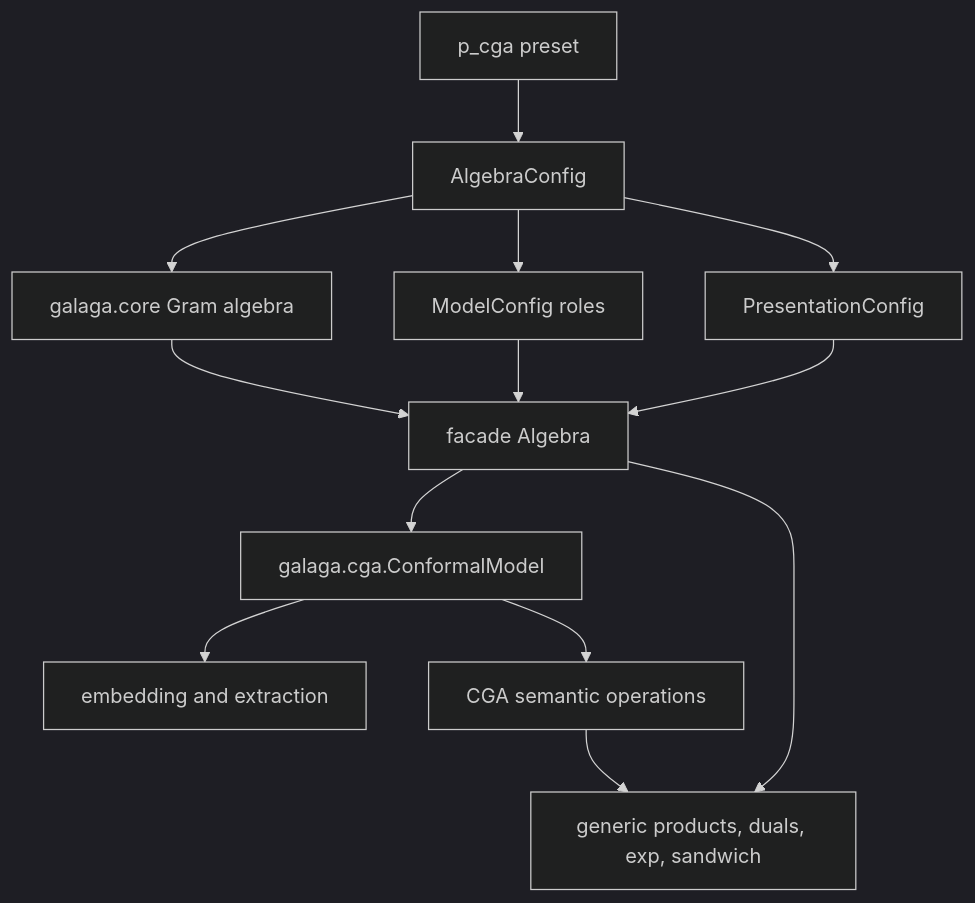
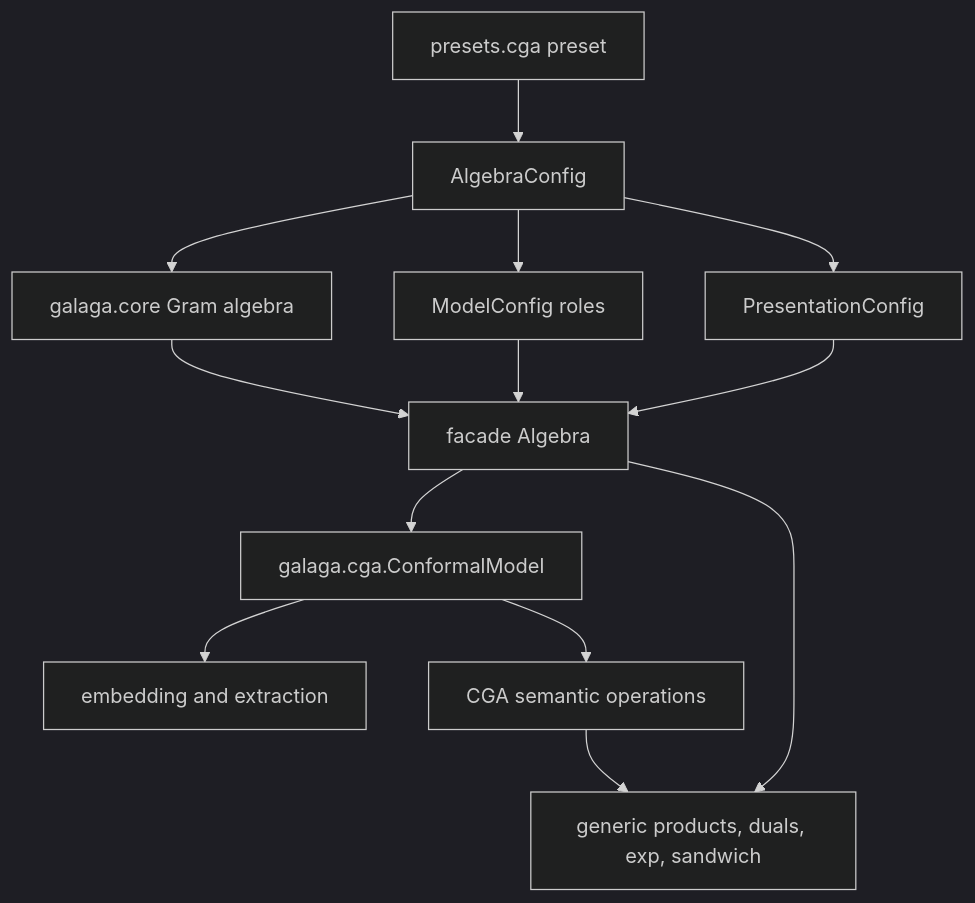
Before and after one commit to edouardp/galaga: the diagram in docs/cga/README.md, drawn with Mermaid (dark theme). The commit also changed other lines of this file and 165 other files, not shown here.

````diff
--- a/docs/cga/README.md
+++ b/docs/cga/README.md
@@ -167,15 +167,15 @@
 ```mermaid
 flowchart TD
-    P[p_cga preset] --> C[AlgebraConfig]
+    P[presets.cga preset] --> C[AlgebraConfig]
     C --> G[galaga.core Gram algebra]
     C --> M[ModelConfig roles]
     C --> V[PresentationConfig]
     G --> A[facade Algebra]
     M --> A
     V --> A
     A --> CM[galaga.cga.ConformalModel]
     CM --> E[embedding and extraction]
     CM --> S[CGA semantic operations]
     A --> O[generic products, duals, exp, sandwich]
     S --> O
 ```
````
